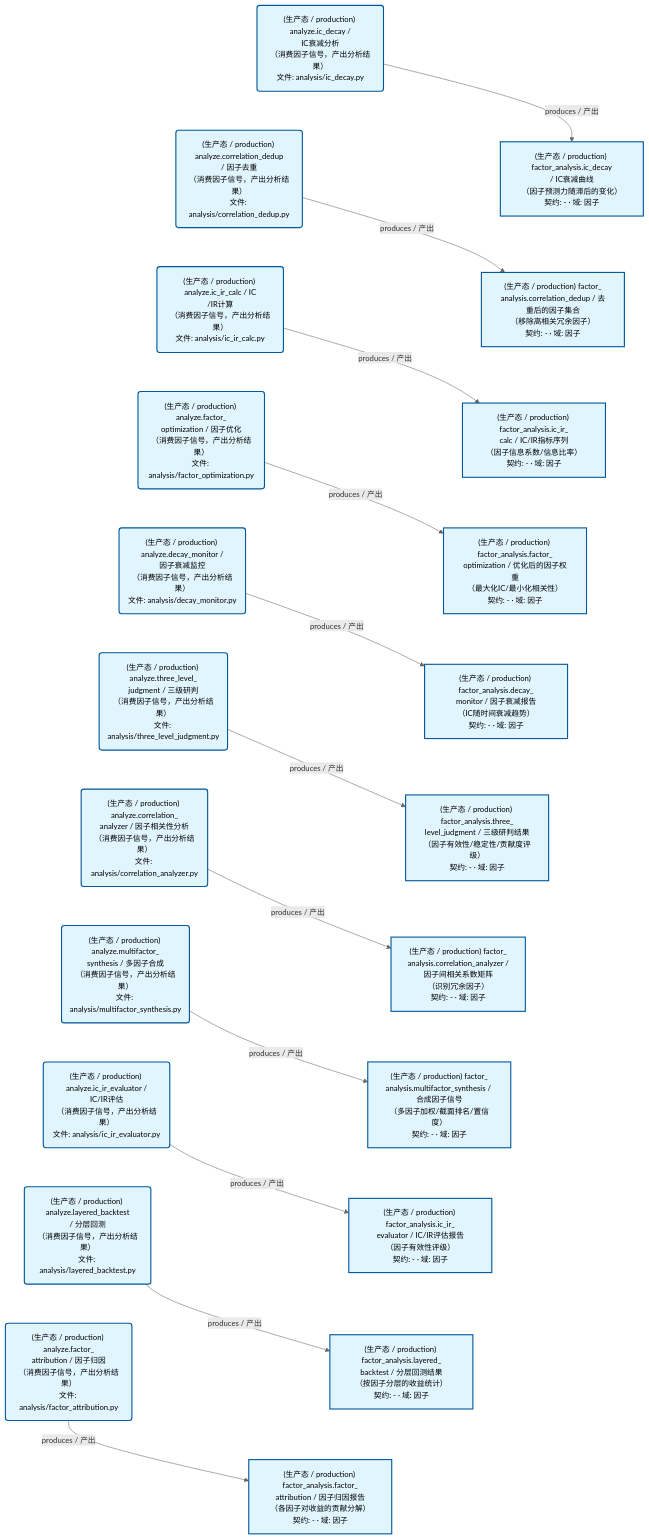
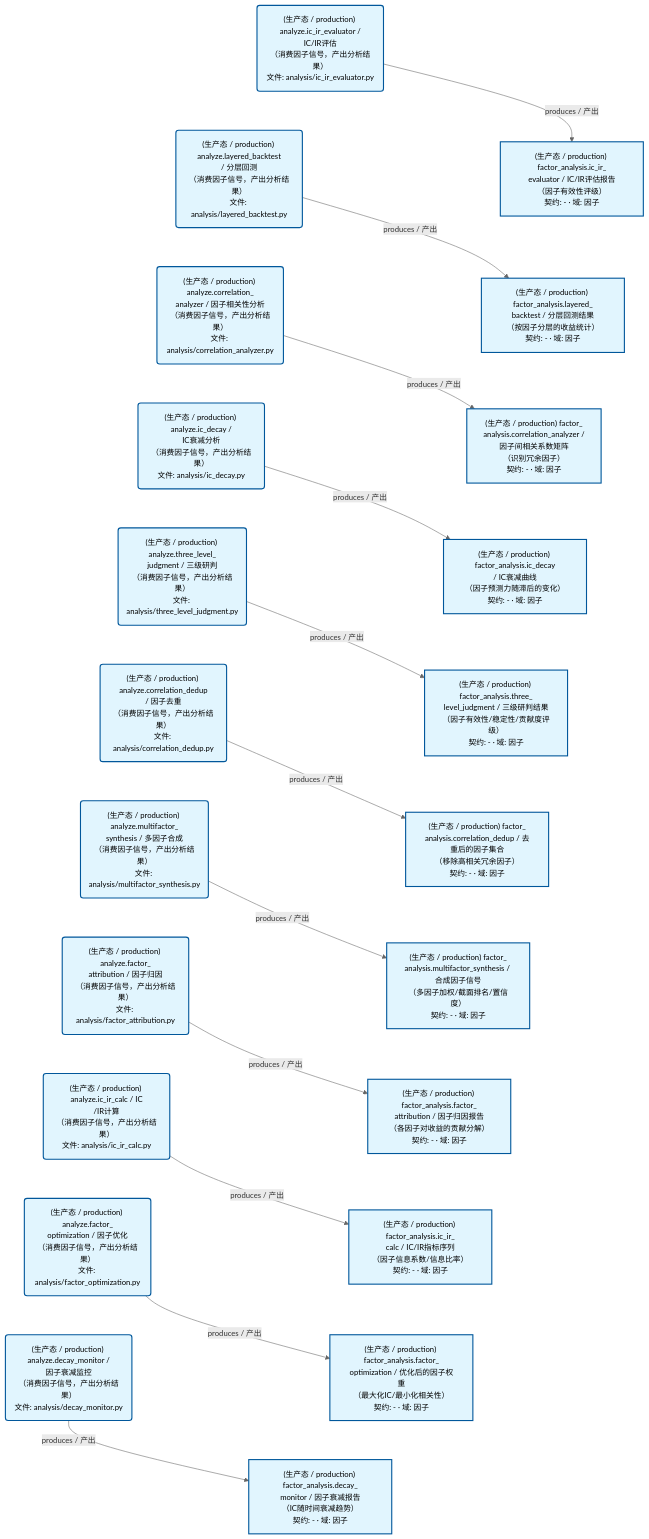
Before and after one commit to xuanFelixVan/ZephyrAlpha: the second of 3 diagrams in docs/02_enterprise_architecture/05_dataflow_architecture/d_factor_analysis.md, drawn with Mermaid. The commit also changed other lines of this file and 106 other files, not shown here.

````diff
--- a/docs/02_enterprise_architecture/05_dataflow_architecture/d_factor_analysis.md
+++ b/docs/02_enterprise_architecture/05_dataflow_architecture/d_factor_analysis.md
@@ -122,62 +122,62 @@
 ```mermaid
 %%{init: {'theme': 'base', 'themeVariables': {'primaryColor': '#eaeaea', 'primaryTextColor': '#333333', 'primaryBorderColor': '#666666', 'lineColor': '#666666', 'secondaryColor': '#eaeaea', 'tertiaryColor': '#eaeaea', 'clusterBkg': 'transparent', 'clusterBorder': 'transparent', 'fontSize': '14px'}}}%%
 flowchart TD
-    DS22779["(生产态 / production) factor_<br/>analysis.correlation_analyzer /<br/>因子间相关系数矩阵<br/>（识别冗余因子）<br/>契约: - · 域: 因子"]
-    DS22780["(生产态 / production) factor_<br/>analysis.correlation_dedup / 去重后的因子集合<br/>（移除高相关冗余因子）<br/>契约: - · 域: 因子"]
-    DS22781["(生产态 / production) factor_analysis.decay_<br/>monitor / 因子衰减报告<br/>（IC随时间衰减趋势）<br/>契约: - · 域: 因子"]
-    DS22782["(生产态 / production) factor_analysis.factor_<br/>attribution / 因子归因报告<br/>（各因子对收益的贡献分解）<br/>契约: - · 域: 因子"]
-    DS22783["(生产态 / production) factor_analysis.factor_<br/>optimization / 优化后的因子权重<br/>（最大化IC/最小化相关性）<br/>契约: - · 域: 因子"]
-    DS22784["(生产态 / production) factor_analysis.ic_decay<br/>/ IC衰减曲线<br/>（因子预测力随滞后的变化）<br/>契约: - · 域: 因子"]
-    DS22785["(生产态 / production) factor_analysis.ic_ir_<br/>calc / IC/IR指标序列<br/>（因子信息系数/信息比率）<br/>契约: - · 域: 因子"]
-    DS22786["(生产态 / production) factor_analysis.ic_ir_<br/>evaluator / IC/IR评估报告<br/>（因子有效性评级）<br/>契约: - · 域: 因子"]
-    DS22787["(生产态 / production) factor_analysis.layered_<br/>backtest / 分层回测结果<br/>（按因子分层的收益统计）<br/>契约: - · 域: 因子"]
-    DS22788["(生产态 / production) factor_<br/>analysis.multifactor_synthesis / 合成因子信号<br/>（多因子加权/截面排名/置信度）<br/>契约: - · 域: 因子"]
-    DS22789["(生产态 / production) factor_analysis.three_<br/>level_judgment / 三级研判结果<br/>（因子有效性/稳定性/贡献度评级）<br/>契约: - · 域: 因子"]
-    JOB1023281("(生产态 / production) analyze.correlation_<br/>analyzer / 因子相关性分析<br/>（消费因子信号，产出分析结果）<br/>文件: analysis/correlation_analyzer.py")
-    JOB1023282("(生产态 / production) analyze.correlation_dedup<br/>/ 因子去重<br/>（消费因子信号，产出分析结果）<br/>文件: analysis/correlation_dedup.py")
-    JOB1023283("(生产态 / production) analyze.decay_monitor /<br/>因子衰减监控<br/>（消费因子信号，产出分析结果）<br/>文件: analysis/decay_monitor.py")
-    JOB1023284("(生产态 / production) analyze.factor_<br/>attribution / 因子归因<br/>（消费因子信号，产出分析结果）<br/>文件: analysis/factor_attribution.py")
-    JOB1023285("(生产态 / production) analyze.factor_<br/>optimization / 因子优化<br/>（消费因子信号，产出分析结果）<br/>文件: analysis/factor_optimization.py")
-    JOB1023286("(生产态 / production) analyze.ic_decay /<br/>IC衰减分析<br/>（消费因子信号，产出分析结果）<br/>文件: analysis/ic_decay.py")
-    JOB1023287("(生产态 / production) analyze.ic_ir_calc / IC<br/>/IR计算<br/>（消费因子信号，产出分析结果）<br/>文件: analysis/ic_ir_calc.py")
-    JOB1023288("(生产态 / production) analyze.ic_ir_evaluator /<br/>IC/IR评估<br/>（消费因子信号，产出分析结果）<br/>文件: analysis/ic_ir_evaluator.py")
-    JOB1023289("(生产态 / production) analyze.layered_backtest<br/>/ 分层回测<br/>（消费因子信号，产出分析结果）<br/>文件: analysis/layered_backtest.py")
-    JOB1023290("(生产态 / production) analyze.multifactor_<br/>synthesis / 多因子合成<br/>（消费因子信号，产出分析结果）<br/>文件: analysis/multifactor_synthesis.py")
-    JOB1023291("(生产态 / production) analyze.three_level_<br/>judgment / 三级研判<br/>（消费因子信号，产出分析结果）<br/>文件: analysis/three_level_judgment.py")
-    JOB1023281 -->|produces / 产出| DS22779
-    JOB1023282 -->|produces / 产出| DS22780
-    JOB1023283 -->|produces / 产出| DS22781
-    JOB1023284 -->|produces / 产出| DS22782
-    JOB1023285 -->|produces / 产出| DS22783
-    JOB1023286 -->|produces / 产出| DS22784
-    JOB1023287 -->|produces / 产出| DS22785
-    JOB1023288 -->|produces / 产出| DS22786
-    JOB1023289 -->|produces / 产出| DS22787
-    JOB1023290 -->|produces / 产出| DS22788
-    JOB1023291 -->|produces / 产出| DS22789
-    JOB1023286 ~~~ JOB1023282
-    JOB1023282 ~~~ JOB1023287
-    JOB1023287 ~~~ JOB1023285
-    JOB1023285 ~~~ JOB1023283
-    JOB1023283 ~~~ JOB1023291
-    JOB1023291 ~~~ JOB1023281
-    JOB1023281 ~~~ JOB1023290
-    JOB1023290 ~~~ JOB1023288
-    JOB1023288 ~~~ JOB1023289
-    JOB1023289 ~~~ JOB1023284
-    DS22784 ~~~ DS22780
-    DS22780 ~~~ DS22785
-    DS22785 ~~~ DS22783
-    DS22783 ~~~ DS22781
-    DS22781 ~~~ DS22789
-    DS22789 ~~~ DS22779
-    DS22779 ~~~ DS22788
-    DS22788 ~~~ DS22786
-    DS22786 ~~~ DS22787
-    DS22787 ~~~ DS22782
+    DS26351["(生产态 / production) factor_<br/>analysis.correlation_analyzer /<br/>因子间相关系数矩阵<br/>（识别冗余因子）<br/>契约: - · 域: 因子"]
+    DS26352["(生产态 / production) factor_<br/>analysis.correlation_dedup / 去重后的因子集合<br/>（移除高相关冗余因子）<br/>契约: - · 域: 因子"]
+    DS26353["(生产态 / production) factor_analysis.decay_<br/>monitor / 因子衰减报告<br/>（IC随时间衰减趋势）<br/>契约: - · 域: 因子"]
+    DS26354["(生产态 / production) factor_analysis.factor_<br/>attribution / 因子归因报告<br/>（各因子对收益的贡献分解）<br/>契约: - · 域: 因子"]
+    DS26355["(生产态 / production) factor_analysis.factor_<br/>optimization / 优化后的因子权重<br/>（最大化IC/最小化相关性）<br/>契约: - · 域: 因子"]
+    DS26356["(生产态 / production) factor_analysis.ic_decay<br/>/ IC衰减曲线<br/>（因子预测力随滞后的变化）<br/>契约: - · 域: 因子"]
+    DS26357["(生产态 / production) factor_analysis.ic_ir_<br/>calc / IC/IR指标序列<br/>（因子信息系数/信息比率）<br/>契约: - · 域: 因子"]
+    DS26358["(生产态 / production) factor_analysis.ic_ir_<br/>evaluator / IC/IR评估报告<br/>（因子有效性评级）<br/>契约: - · 域: 因子"]
+    DS26359["(生产态 / production) factor_analysis.layered_<br/>backtest / 分层回测结果<br/>（按因子分层的收益统计）<br/>契约: - · 域: 因子"]
+    DS26360["(生产态 / production) factor_<br/>analysis.multifactor_synthesis / 合成因子信号<br/>（多因子加权/截面排名/置信度）<br/>契约: - · 域: 因子"]
+    DS26361["(生产态 / production) factor_analysis.three_<br/>level_judgment / 三级研判结果<br/>（因子有效性/稳定性/贡献度评级）<br/>契约: - · 域: 因子"]
+    JOB1064902("(生产态 / production) analyze.correlation_<br/>analyzer / 因子相关性分析<br/>（消费因子信号，产出分析结果）<br/>文件: analysis/correlation_analyzer.py")
+    JOB1064903("(生产态 / production) analyze.correlation_dedup<br/>/ 因子去重<br/>（消费因子信号，产出分析结果）<br/>文件: analysis/correlation_dedup.py")
+    JOB1064904("(生产态 / production) analyze.decay_monitor /<br/>因子衰减监控<br/>（消费因子信号，产出分析结果）<br/>文件: analysis/decay_monitor.py")
+    JOB1064905("(生产态 / production) analyze.factor_<br/>attribution / 因子归因<br/>（消费因子信号，产出分析结果）<br/>文件: analysis/factor_attribution.py")
+    JOB1064906("(生产态 / production) analyze.factor_<br/>optimization / 因子优化<br/>（消费因子信号，产出分析结果）<br/>文件: analysis/factor_optimization.py")
+    JOB1064907("(生产态 / production) analyze.ic_decay /<br/>IC衰减分析<br/>（消费因子信号，产出分析结果）<br/>文件: analysis/ic_decay.py")
+    JOB1064908("(生产态 / production) analyze.ic_ir_calc / IC<br/>/IR计算<br/>（消费因子信号，产出分析结果）<br/>文件: analysis/ic_ir_calc.py")
+    JOB1064909("(生产态 / production) analyze.ic_ir_evaluator /<br/>IC/IR评估<br/>（消费因子信号，产出分析结果）<br/>文件: analysis/ic_ir_evaluator.py")
+    JOB1064910("(生产态 / production) analyze.layered_backtest<br/>/ 分层回测<br/>（消费因子信号，产出分析结果）<br/>文件: analysis/layered_backtest.py")
+    JOB1064911("(生产态 / production) analyze.multifactor_<br/>synthesis / 多因子合成<br/>（消费因子信号，产出分析结果）<br/>文件: analysis/multifactor_synthesis.py")
+    JOB1064912("(生产态 / production) analyze.three_level_<br/>judgment / 三级研判<br/>（消费因子信号，产出分析结果）<br/>文件: analysis/three_level_judgment.py")
+    JOB1064902 -->|produces / 产出| DS26351
+    JOB1064903 -->|produces / 产出| DS26352
+    JOB1064904 -->|produces / 产出| DS26353
+    JOB1064905 -->|produces / 产出| DS26354
+    JOB1064906 -->|produces / 产出| DS26355
+    JOB1064907 -->|produces / 产出| DS26356
+    JOB1064908 -->|produces / 产出| DS26357
+    JOB1064909 -->|produces / 产出| DS26358
+    JOB1064910 -->|produces / 产出| DS26359
+    JOB1064911 -->|produces / 产出| DS26360
+    JOB1064912 -->|produces / 产出| DS26361
+    JOB1064909 ~~~ JOB1064910
+    JOB1064910 ~~~ JOB1064902
+    JOB1064902 ~~~ JOB1064907
+    JOB1064907 ~~~ JOB1064912
+    JOB1064912 ~~~ JOB1064903
+    JOB1064903 ~~~ JOB1064911
+    JOB1064911 ~~~ JOB1064905
+    JOB1064905 ~~~ JOB1064908
+    JOB1064908 ~~~ JOB1064906
+    JOB1064906 ~~~ JOB1064904
+    DS26358 ~~~ DS26359
+    DS26359 ~~~ DS26351
+    DS26351 ~~~ DS26356
+    DS26356 ~~~ DS26361
+    DS26361 ~~~ DS26352
+    DS26352 ~~~ DS26360
+    DS26360 ~~~ DS26354
+    DS26354 ~~~ DS26357
+    DS26357 ~~~ DS26355
+    DS26355 ~~~ DS26353
     classDef production fill:#e1f5fe,stroke:#01579b,stroke-width:2px,color:#000
     classDef design fill:#fff3e0,stroke:#e65100,stroke-width:2px,color:#000,stroke-dasharray: 5 5
     classDef external_prod fill:#e8f4fd,stroke:#0277bd,stroke-width:1px,color:#000
     classDef external_design fill:#fff8e7,stroke:#ef6c00,stroke-width:1px,color:#000,stroke-dasharray: 5 5
-    class DS22779,DS22780,DS22781,DS22782,DS22783,DS22784,DS22785,DS22786,DS22787,DS22788,DS22789,JOB1023281,JOB1023282,JOB1023283,JOB1023284,JOB1023285,JOB1023286,JOB1023287,JOB1023288,JOB1023289,JOB1023290,JOB1023291 production
+    class DS26351,DS26352,DS26353,DS26354,DS26355,DS26356,DS26357,DS26358,DS26359,DS26360,DS26361,JOB1064902,JOB1064903,JOB1064904,JOB1064905,JOB1064906,JOB1064907,JOB1064908,JOB1064909,JOB1064910,JOB1064911,JOB1064912 production
 ```
````
